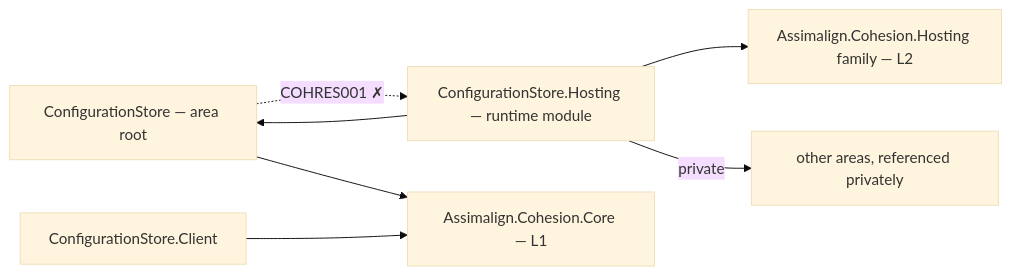
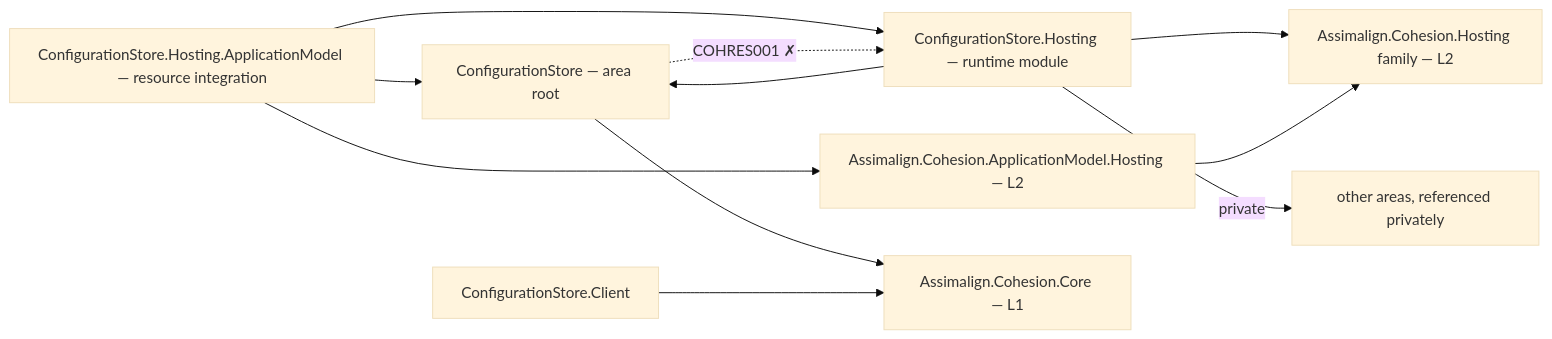
One commit to assimalign/cohesion changed the diagram in resources/ConfigurationStore/README.md. Above: the diagram before and after it, drawn with Mermaid (base theme). The commit also changed other lines of this file and 454 other files, not shown here.

First line of the commit message:
feat(resources): give every resource area a Hosting.ApplicationModel integration

````diff
--- a/resources/ConfigurationStore/README.md
+++ b/resources/ConfigurationStore/README.md
@@ -15,15 +12,21 @@
 ```mermaid
 flowchart LR
     P0["ConfigurationStore — area root"]
     P2["ConfigurationStore.Client"]
     P3["ConfigurationStore.Hosting — runtime module"]
+    PAM["ConfigurationStore.Hosting.ApplicationModel — resource integration"]
+    AMH["Assimalign.Cohesion.ApplicationModel.Hosting — L2"]
     CORE["Assimalign.Cohesion.Core — L1"]
     HOSTFAM["Assimalign.Cohesion.Hosting family — L2"]
     PRIV["other areas, referenced privately"]
     P0 --> CORE
     P2 --> CORE
     P3 --> P0
     P3 --> HOSTFAM
     P3 -->|"private"| PRIV
+    PAM --> P3
+    PAM --> P0
+    PAM --> AMH
+    AMH --> HOSTFAM
     P0 -.->|"COHRES001 ✗"| P3
 ```
````
